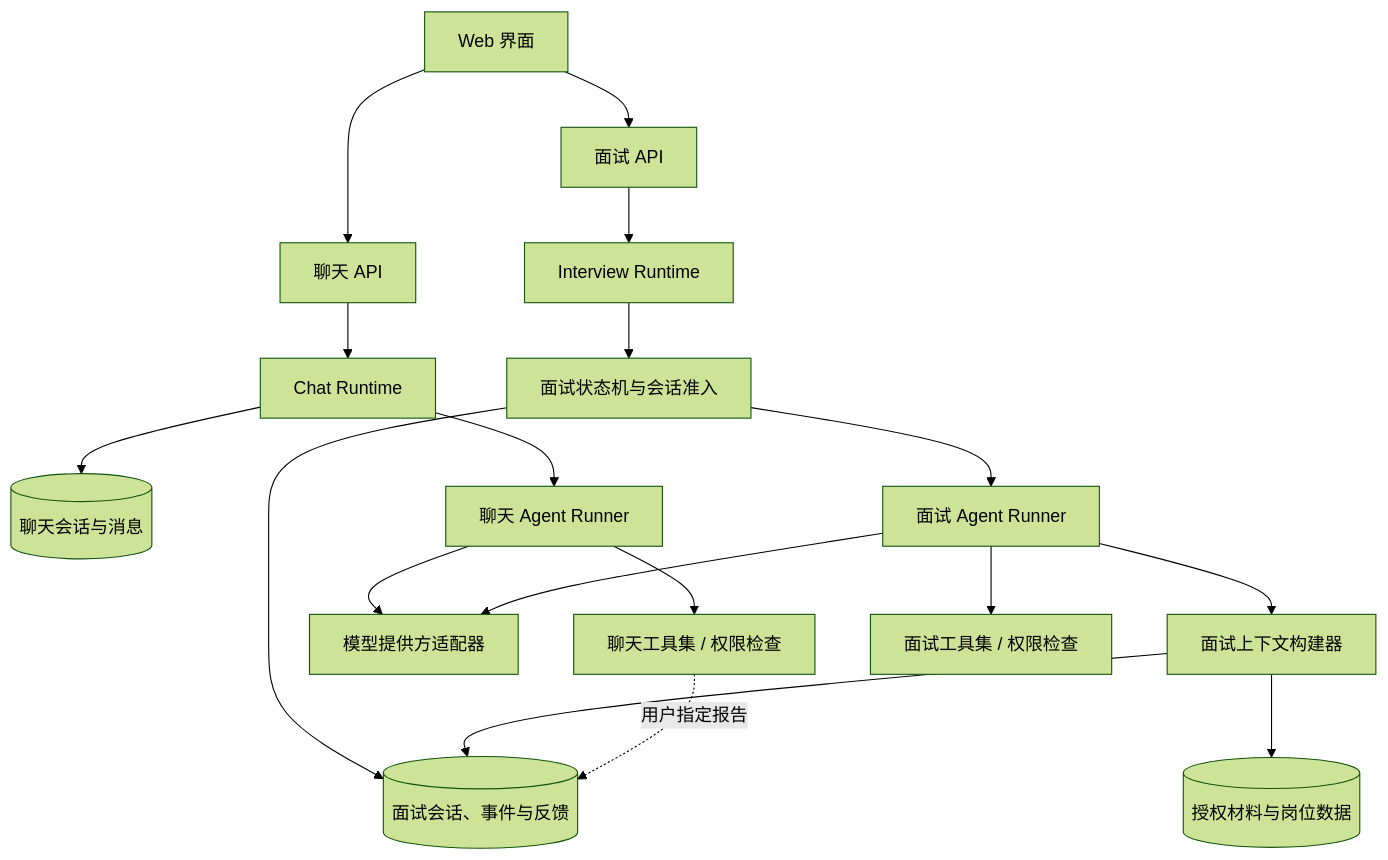
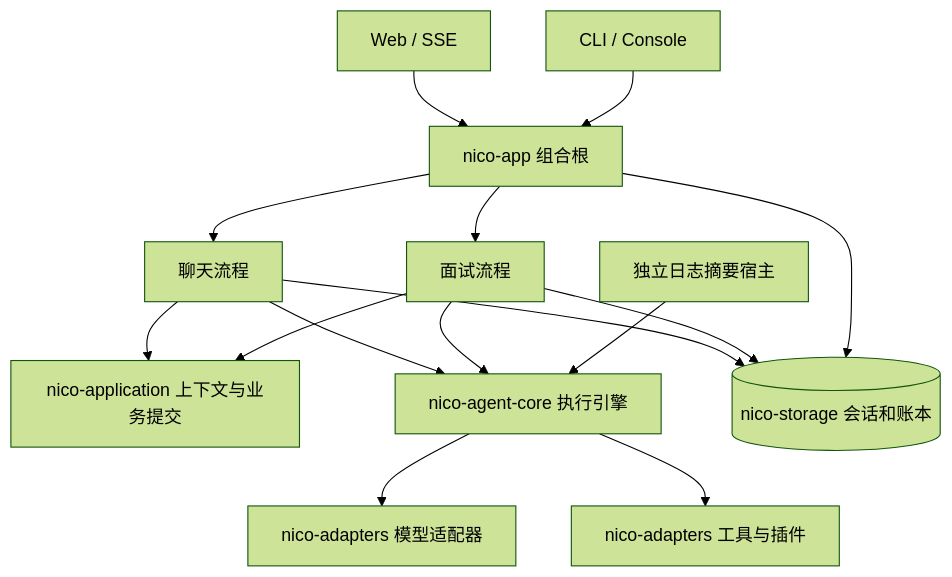
Before and after one commit to Nico-Sq/Nico-agent: the diagram in docs/项目定义.md, drawn with Mermaid (forest theme). The commit also changed other lines of this file and 3 other files, not shown here.

````diff
--- a/docs/项目定义.md
+++ b/docs/项目定义.md
@@ -139,23 +141,17 @@
 ```mermaid
 flowchart TD
-    UI[Web 界面] --> CA[聊天 API]
-    UI --> IA[面试 API]
-
-    CA --> CR[Chat Runtime]
-    CR --> CAS[(聊天会话与消息)]
-    CR --> CAR[聊天 Agent Runner]
-    CAR --> CAT[聊天工具集 / 权限检查]
-    CAR --> MODEL[模型提供方适配器]
-
-    IA --> IR[Interview Runtime]
-    IR --> SM[面试状态机与会话准入]
-    SM --> IS[(面试会话、事件与反馈)]
-    SM --> IAR[面试 Agent Runner]
-    IAR --> IC[面试上下文构建器]
-    IC --> IS
-    IC --> MAT[(授权材料与岗位数据)]
-    IAR --> IAT[面试工具集 / 权限检查]
-    IAR --> MODEL
-
-    CAT -. 用户指定报告 .-> IS
+    WEB[Web / SSE] --> APP[nico-app 组合根]
+    CLI[CLI / Console] --> APP
+    APP --> CHAT[聊天流程]
+    APP --> INTERVIEW[面试流程]
+    CHAT --> BUSINESS[nico-application 上下文与业务提交]
+    INTERVIEW --> BUSINESS
+    CHAT --> CORE[nico-agent-core 执行引擎]
+    INTERVIEW --> CORE
+    LOGBOOK[独立日志摘要宿主] --> CORE
+    CORE --> MODEL[nico-adapters 模型适配器]
+    CORE --> TOOLS[nico-adapters 工具与插件]
+    CHAT --> STORE[(nico-storage 会话和账本)]
+    INTERVIEW --> STORE
+    APP --> STORE
 ```
````
